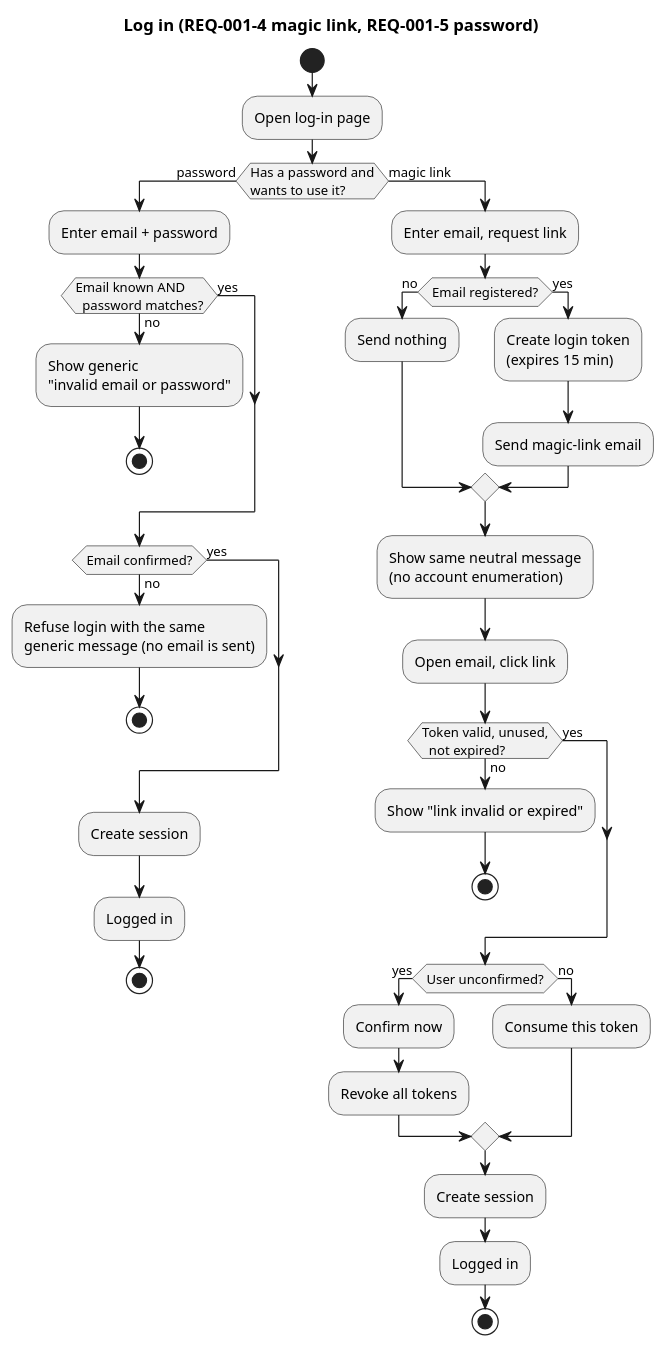
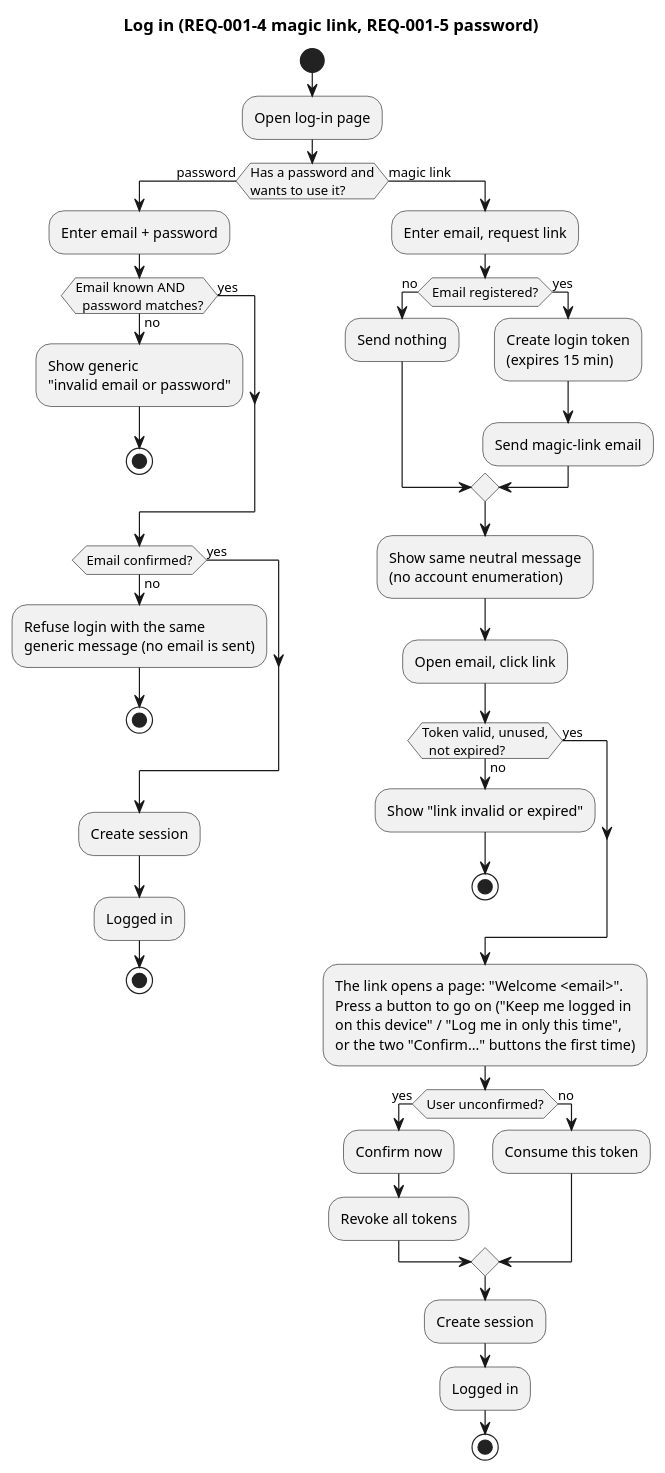
Before and after one commit to raseniero/jairojobs-elixir: the diagram in docs/specs/001-accounts-authentication/diagrams/activity-login.puml, drawn with PlantUML. The commit also changed 8 other files, not shown here.

Commit message:
docs(spec 001): diagrams brought in line with the built screens; the emailed link is opened and confirmed (REQ-001-3, REQ-001-4)

```diff
--- a/docs/specs/001-accounts-authentication/diagrams/activity-login.puml
+++ b/docs/specs/001-accounts-authentication/diagrams/activity-login.puml
@@ -1,54 +1,58 @@
 @startuml activity-login
 ' Spec 001 — log in by magic link or password (REQ-001-4, REQ-001-5)
 title Log in (REQ-001-4 magic link, REQ-001-5 password)
 
 start
 :Open log-in page;
 if (Has a password and
 wants to use it?) then (password)
   :Enter email + password;
   if (Email known AND
   password matches?) then (no)
     :Show generic
     "invalid email or password";
     stop
   else (yes)
   endif
   if (Email confirmed?) then (no)
     :Refuse login with the same
     generic message (no email is sent);
     stop
   else (yes)
   endif
   :Create session;
   :Logged in;
   stop
 else (magic link)
   :Enter email, request link;
   if (Email registered?) then (no)
     :Send nothing;
   else (yes)
     :Create login token
     (expires 15 min);
     :Send magic-link email;
   endif
   :Show same neutral message
   (no account enumeration);
   :Open email, click link;
   if (Token valid, unused,
   not expired?) then (no)
     :Show "link invalid or expired";
     stop
   else (yes)
   endif
+  :The link opens a page: "Welcome <email>".
+  Press a button to go on ("Keep me logged in
+  on this device" / "Log me in only this time",
+  or the two "Confirm…" buttons the first time);
   if (User unconfirmed?) then (yes)
     :Confirm now;
     :Revoke all tokens;
   else (no)
     :Consume this token;
   endif
   :Create session;
   :Logged in;
   stop
 endif
 @enduml
```
